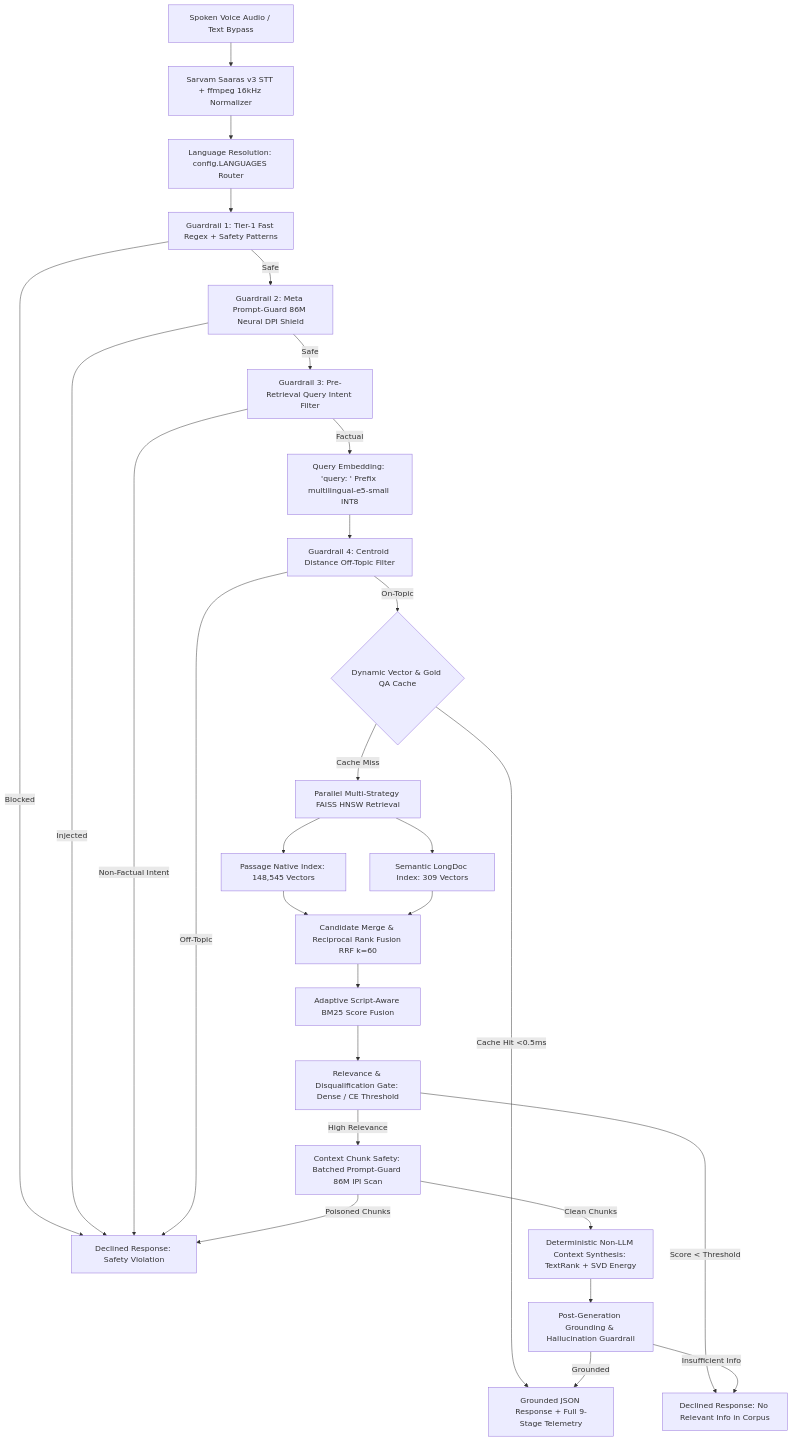
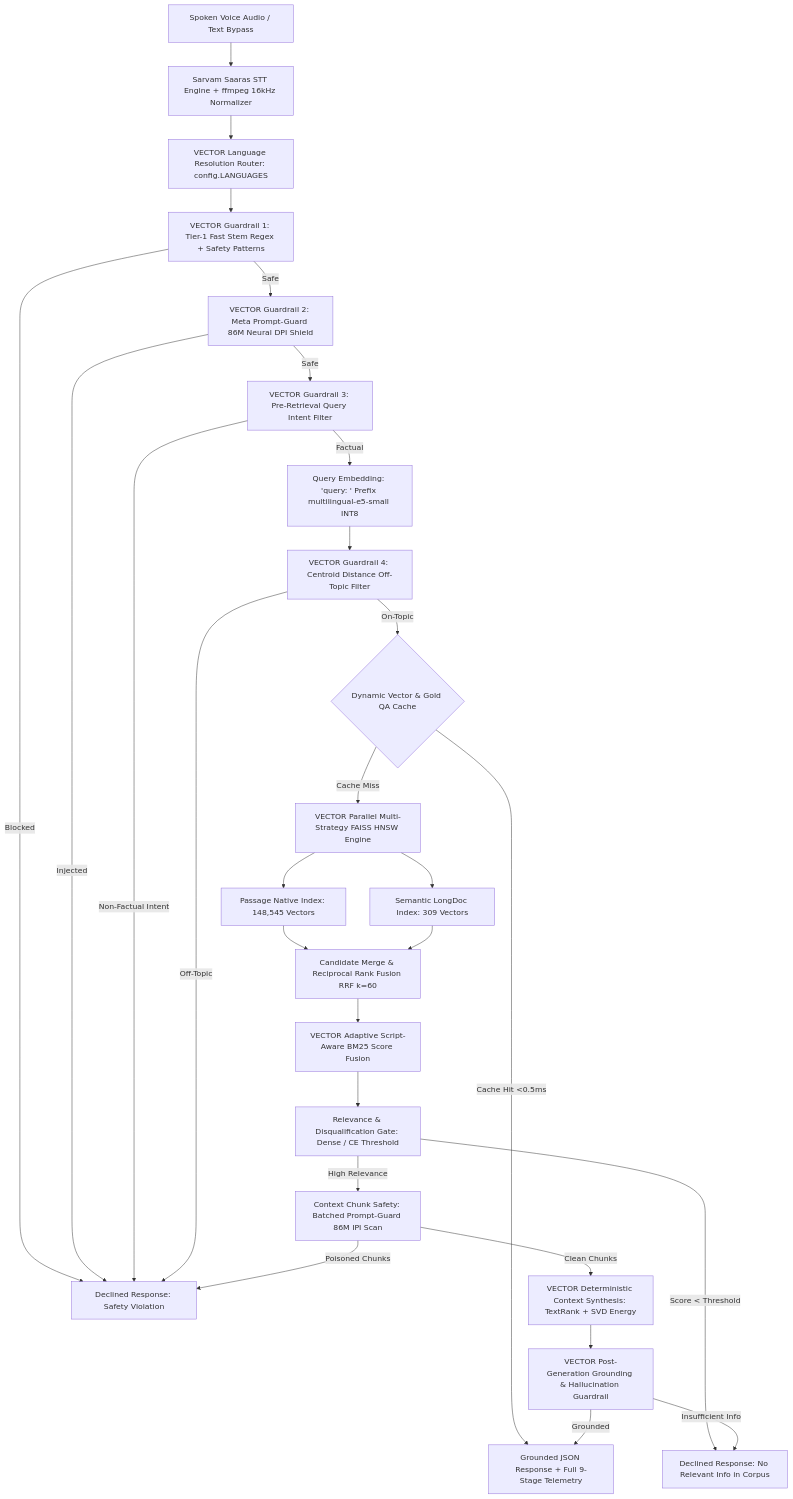
The diagram in README.md (Rishikvelagapudi/VisionQuest), drawn with Mermaid before and after one commit. The commit also changed other lines of this file and 5 other files, not shown here.

Commit message:
refactor: update branding, titles, and architecture to VECTOR Multilingual RAG Engine

````diff
--- a/README.md
+++ b/README.md
@@ -49,30 +49,30 @@
 ```mermaid
 graph TD
-    A[Spoken Voice Audio / Text Bypass] --> B[Sarvam Saaras v3 STT + ffmpeg 16kHz Normalizer]
-    B --> C[Language Resolution: config.LANGUAGES Router]
-    C --> D[Guardrail 1: Tier-1 Fast Regex + Safety Patterns]
-    D -- Safe --> PG[Guardrail 2: Meta Prompt-Guard 86M Neural DPI Shield]
+    A[Spoken Voice Audio / Text Bypass] --> B[Sarvam Saaras STT Engine + ffmpeg 16kHz Normalizer]
+    B --> C[VECTOR Language Resolution Router: config.LANGUAGES]
+    C --> D[VECTOR Guardrail 1: Tier-1 Fast Stem Regex + Safety Patterns]
+    D -- Safe --> PG[VECTOR Guardrail 2: Meta Prompt-Guard 86M Neural DPI Shield]
     D -- Blocked --> X[Declined Response: Safety Violation]
-    PG -- Safe --> IF[Guardrail 3: Pre-Retrieval Query Intent Filter]
+    PG -- Safe --> IF[VECTOR Guardrail 3: Pre-Retrieval Query Intent Filter]
     PG -- Injected --> X
     IF -- Factual --> E[Query Embedding: 'query: ' Prefix multilingual-e5-small INT8]
     IF -- Non-Factual Intent --> X
-    E --> F[Guardrail 4: Centroid Distance Off-Topic Filter]
+    E --> F[VECTOR Guardrail 4: Centroid Distance Off-Topic Filter]
     F -- Off-Topic --> X
     F -- On-Topic --> CACHE{Dynamic Vector & Gold QA Cache}
     CACHE -- Cache Hit <0.5ms --> N[Grounded Response + Zero-Latency Fast Path]
-    CACHE -- Cache Miss --> G[Parallel Multi-Strategy FAISS HNSW Retrieval]
+    CACHE -- Cache Miss --> G[VECTOR Parallel Multi-Strategy FAISS HNSW Engine]
     G --> H1[Passage Native Index: 148,545 Vectors]
     G --> H2[Semantic LongDoc Index: 309 Vectors]
     H1 --> I[Candidate Merge & Reciprocal Rank Fusion RRF k=60]
     H2 --> I
-    I --> J[Adaptive Script-Aware BM25 Score Fusion]
+    I --> J[VECTOR Adaptive Script-Aware BM25 Score Fusion]
     J --> K[Relevance & Disqualification Gate: Dense / CE Threshold]
     K -- Score < Threshold --> Y[Declined Response: No Relevant Info in Corpus]
     K -- High Relevance --> CS[Context Chunk Safety: Batched Prompt-Guard 86M IPI Scan]
     CS -- Poisoned Chunks --> X
-    CS -- Clean Chunks --> L[Deterministic Non-LLM Context Synthesis: TextRank + SVD Energy]
-    L --> M[Post-Generation Grounding & Hallucination Guardrail]
+    CS -- Clean Chunks --> L[VECTOR Deterministic Context Synthesis: TextRank + SVD Energy]
+    L --> M[VECTOR Post-Generation Grounding & Hallucination Guardrail]
     M -- Grounded --> N[Grounded JSON Response + Full 9-Stage Telemetry]
     M -- Insufficient Info --> Y
 ```
````
